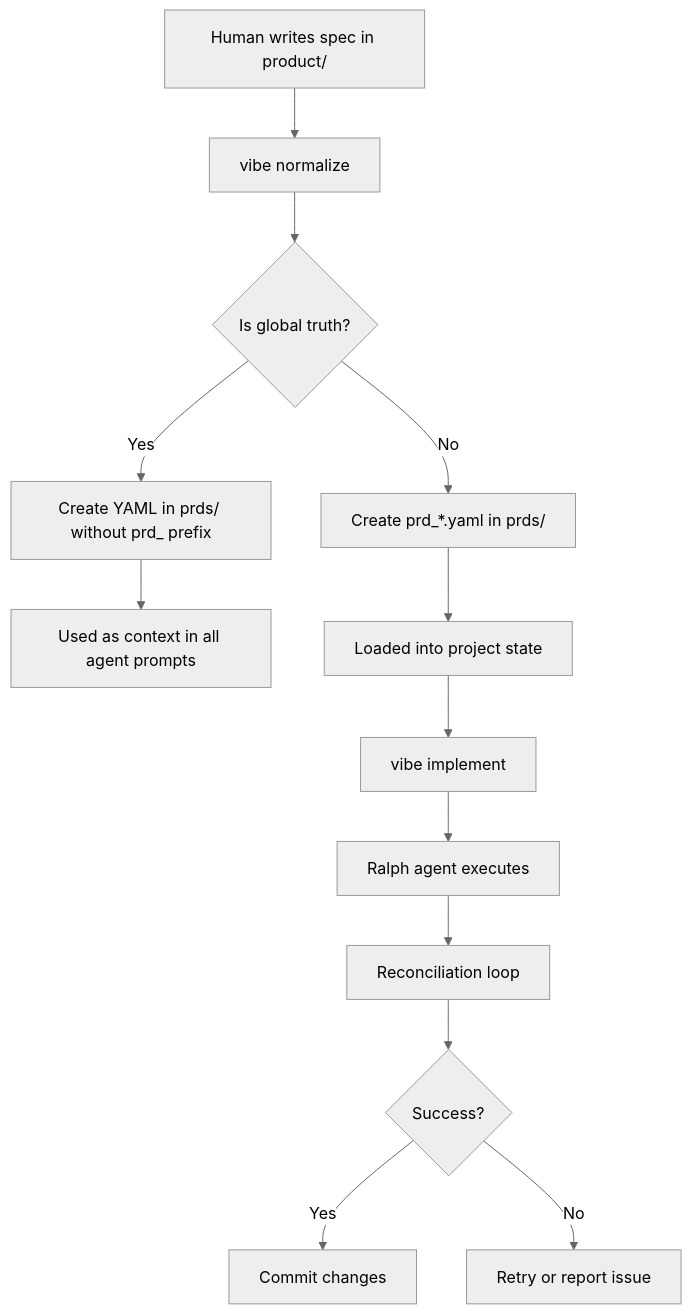
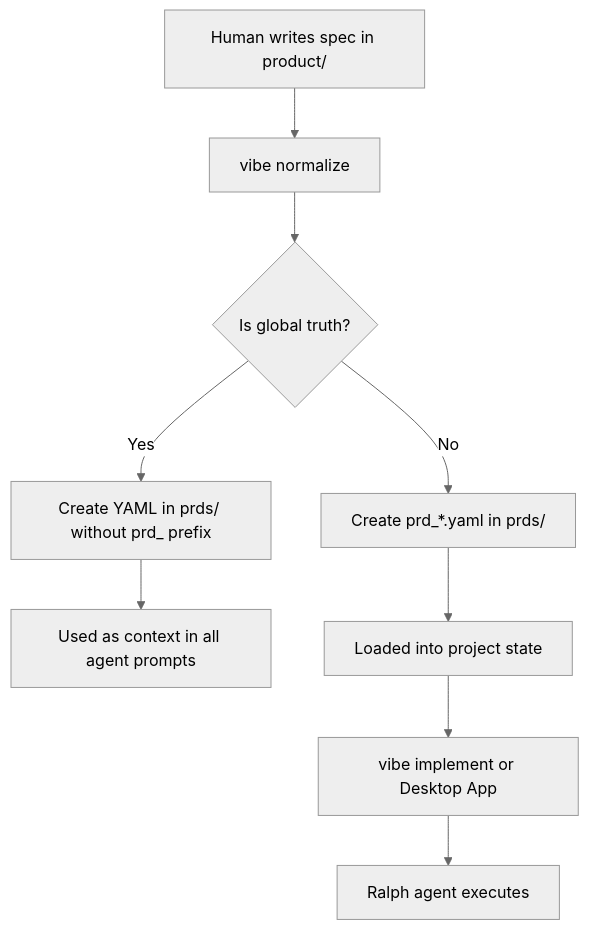
One commit to jmfk/vibe-tools changed the first of 3 diagrams in docs/02-architecture.md. Above: the diagram before and after it, drawn with Mermaid (neutral theme). The commit also changed other lines of this file and 7 other files, not shown here.

````diff
--- a/docs/02-architecture.md
+++ b/docs/02-architecture.md
@@ -128,15 +112,11 @@
 ```mermaid
 flowchart TD
     A[Human writes spec in product/] --> B[vibe normalize]
     B --> C{Is global truth?}
     C -->|Yes| D[Create YAML in prds/ without prd_ prefix]
     C -->|No| E[Create prd_*.yaml in prds/]
     D --> F[Used as context in all agent prompts]
     E --> G[Loaded into project state]
-    G --> H[vibe implement]
+    G --> H[vibe implement or Desktop App]
     H --> I[Ralph agent executes]
-    I --> J[Reconciliation loop]
-    J --> K{Success?}
-    K -->|Yes| L[Commit changes]
-    K -->|No| M[Retry or report issue]
 ```
````
